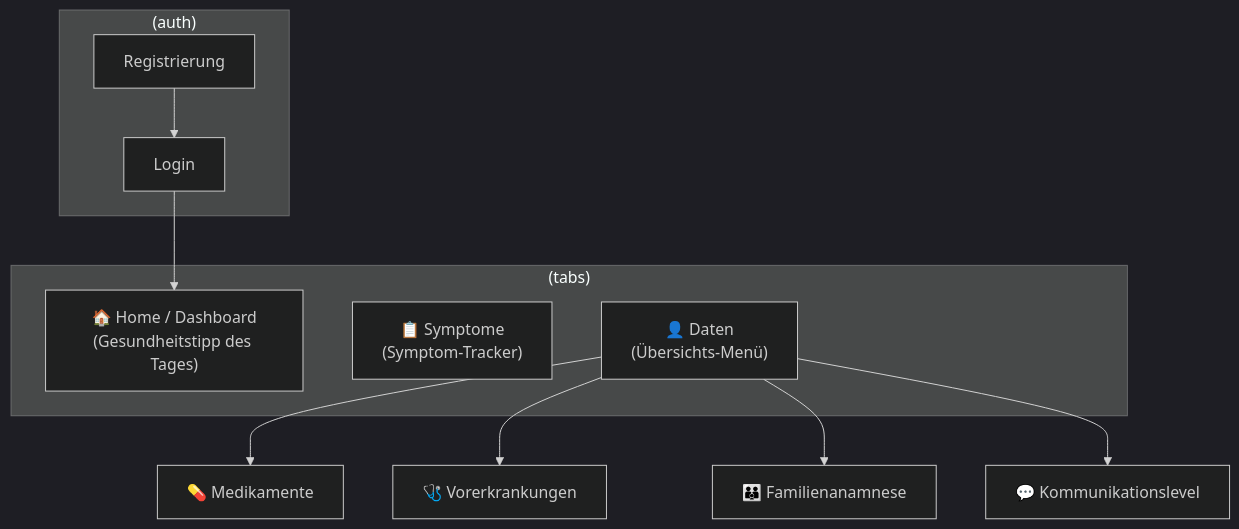
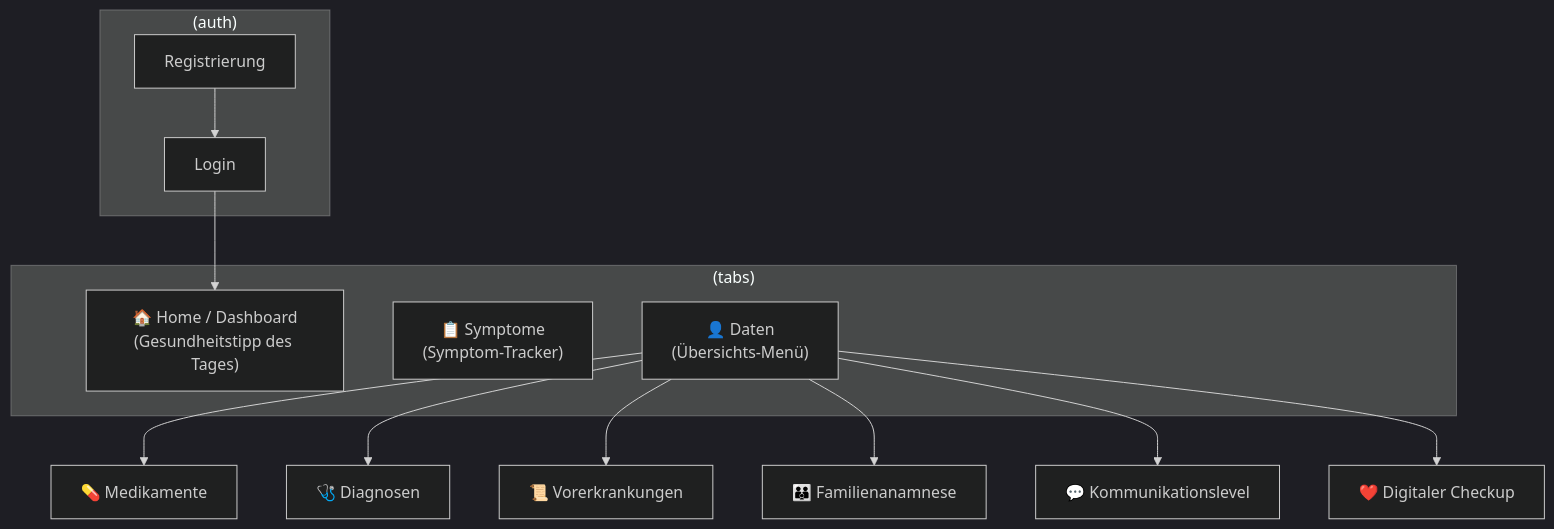
One commit to anika4444/Fehldiagnosen changed the third of 3 diagrams in docs/Projektdokumentation.md. Above: the diagram before and after it, drawn with Mermaid (dark theme). The commit also changed other lines of this file, not shown here.

Commit message:
docs: Doku auf aktuellen Stand gebracht (Checkup, Diagnose-Screen, OCR, Anonymizer, Arztbrief-KI)

````diff
--- a/docs/Projektdokumentation.md
+++ b/docs/Projektdokumentation.md
@@ -191,23 +206,27 @@
 ```mermaid
 flowchart TD
     subgraph Auth["(auth)"]
         L["Login"]
         R["Registrierung"]
     end
     subgraph Tabs["(tabs)"]
         H["🏠 Home / Dashboard\n(Gesundheitstipp des Tages)"]
         S["📋 Symptome\n(Symptom-Tracker)"]
         D["👤 Daten\n(Übersichts-Menü)"]
     end
     Med["💊 Medikamente"]
-    MH["🩺 Vorerkrankungen"]
+    Diag["🩺 Diagnosen"]
+    MH["📜 Vorerkrankungen"]
     FH["👪 Familienanamnese"]
     CL["💬 Kommunikationslevel"]
+    CU["❤️ Digitaler Checkup"]
 
     L --> H
     R --> L
     D --> Med
+    D --> Diag
     D --> MH
     D --> FH
     D --> CL
+    D --> CU
 ```
````
